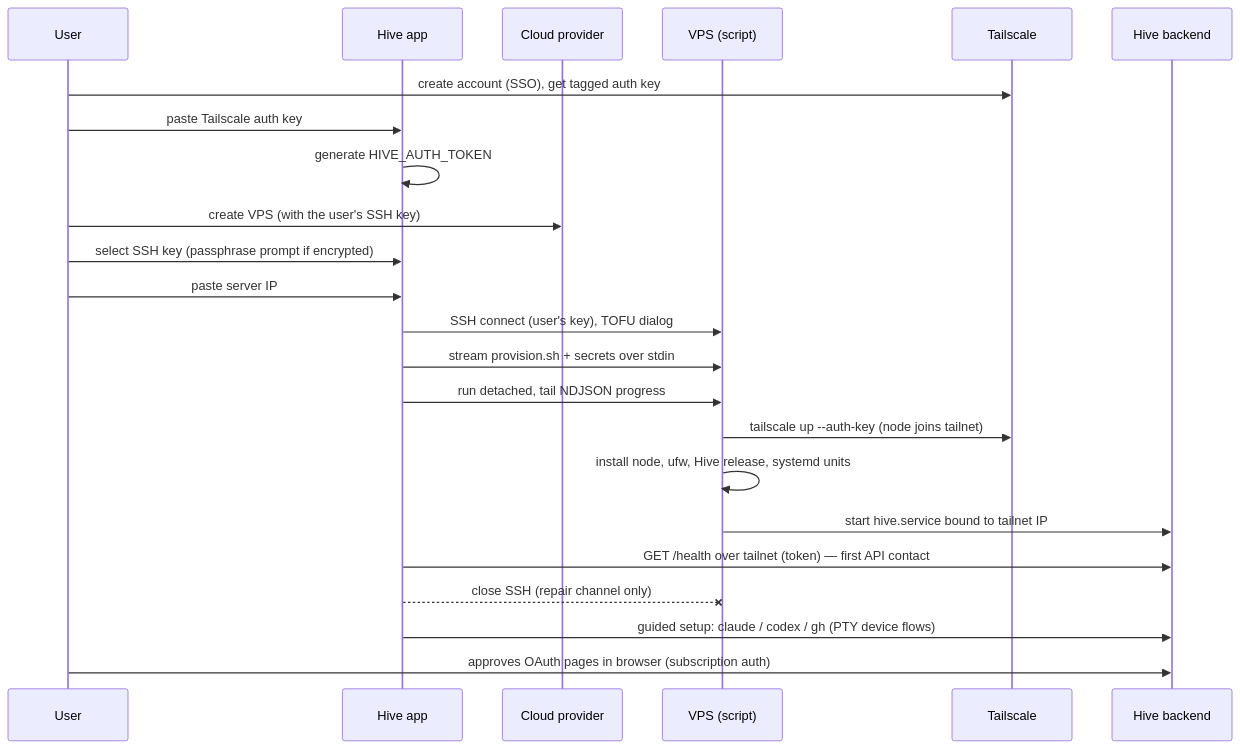
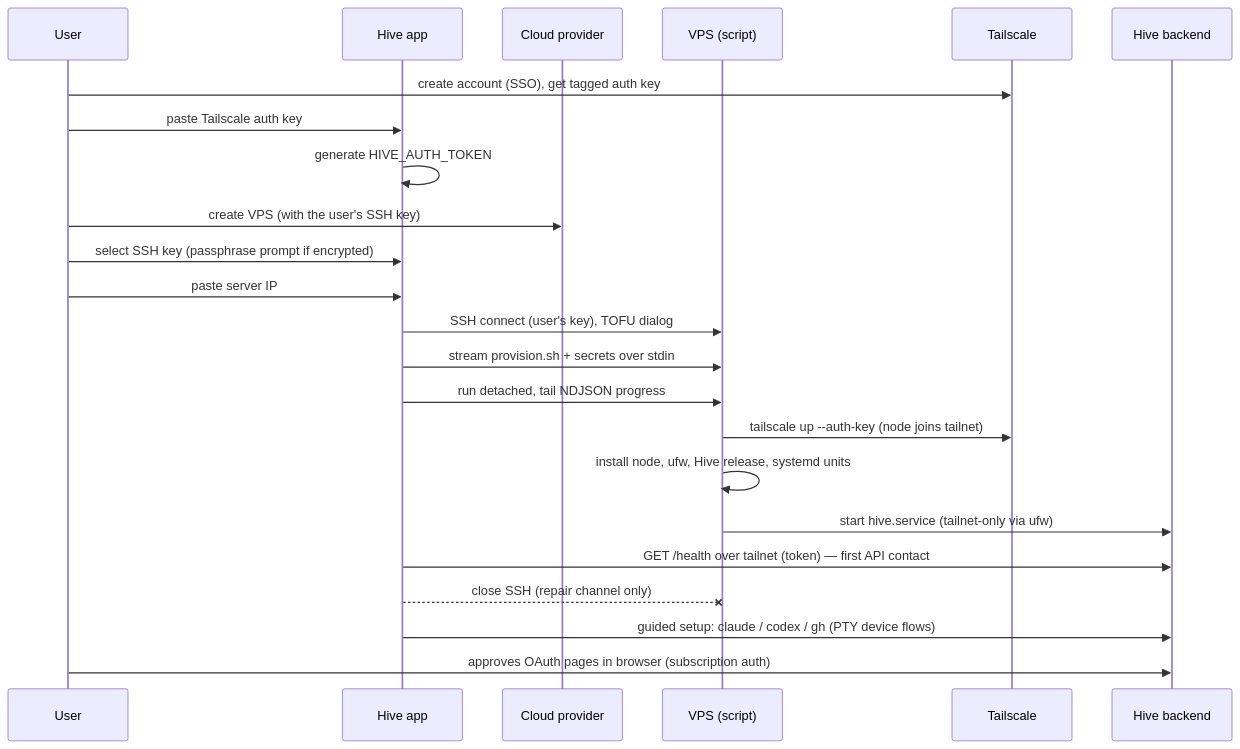
One commit to unfence-labs/hive changed the second of 3 diagrams in docs/install-flow.md. Above: the diagram before and after it, drawn with Mermaid. The commit also changed other lines of this file and 1 other file, not shown here.

First line of the commit message:
review: rollback belongs to the updater; bind 0.0.0.0 behind ufw

````diff
--- a/docs/install-flow.md
+++ b/docs/install-flow.md
@@ -121,26 +122,26 @@
 ```mermaid
 sequenceDiagram
     participant U as User
     participant W as Hive app
     participant P as Cloud provider
     participant V as VPS (script)
     participant T as Tailscale
     participant H as Hive backend
 
     U->>T: create account (SSO), get tagged auth key
     U->>W: paste Tailscale auth key
     W->>W: generate HIVE_AUTH_TOKEN
     U->>P: create VPS (with the user's SSH key)
     U->>W: select SSH key (passphrase prompt if encrypted)
     U->>W: paste server IP
     W->>V: SSH connect (user's key), TOFU dialog
     W->>V: stream provision.sh + secrets over stdin
     W->>V: run detached, tail NDJSON progress
     V->>T: tailscale up --auth-key (node joins tailnet)
     V->>V: install node, ufw, Hive release, systemd units
-    V->>H: start hive.service bound to tailnet IP
+    V->>H: start hive.service (tailnet-only via ufw)
     W->>H: GET /health over tailnet (token) — first API contact
     W--xV: close SSH (repair channel only)
     W->>H: guided setup: claude / codex / gh (PTY device flows)
     U->>H: approves OAuth pages in browser (subscription auth)
 ```
````
